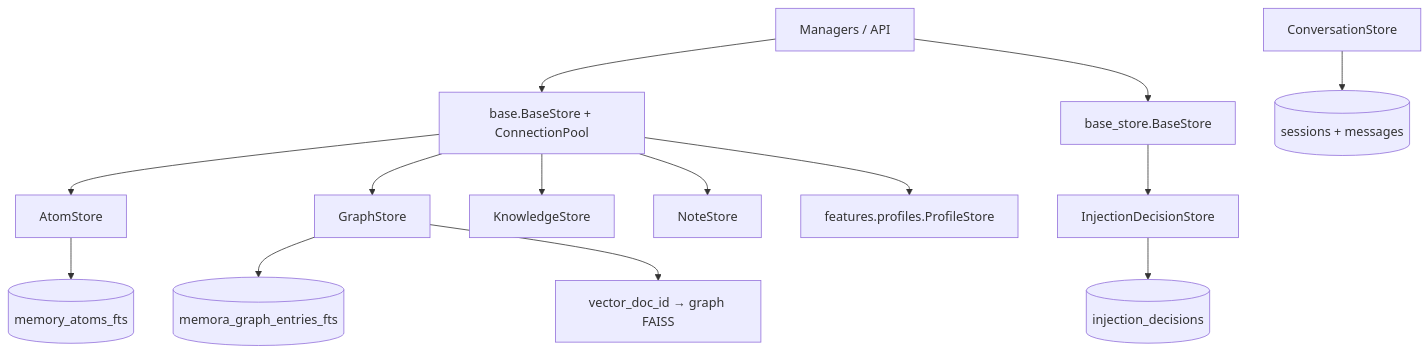
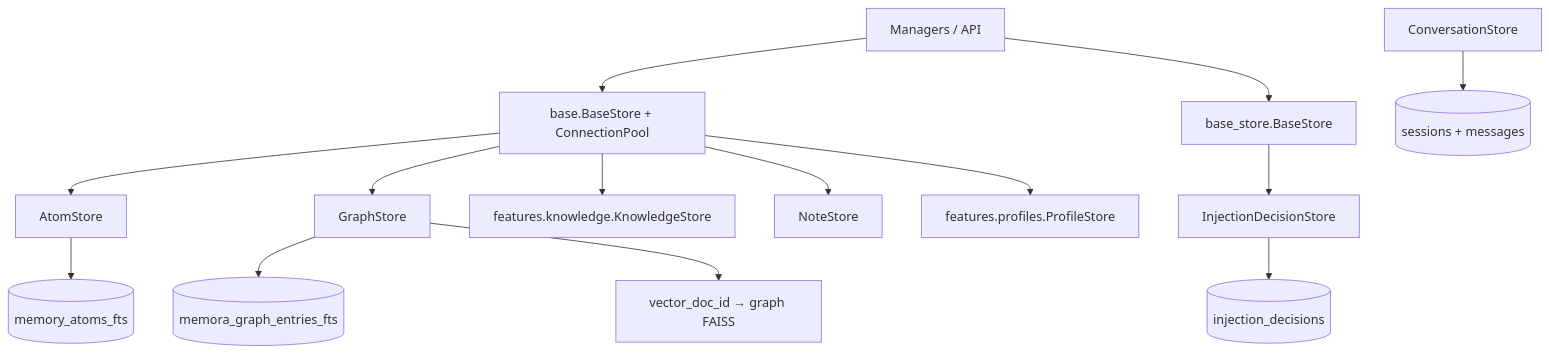
One commit to INSide-734/astrbot_plugin_memora changed the first of 3 diagrams in core/storage/AGENTS.md. Above: the diagram before and after it, drawn with Mermaid. The commit also changed other lines of this file and 21 other files, not shown here.

````diff
--- a/core/storage/AGENTS.md
+++ b/core/storage/AGENTS.md
@@ -32,16 +32,16 @@
 ```mermaid
 graph TD
     Managers[Managers / API] --> PoolBase[base.BaseStore + ConnectionPool]
     Managers --> InstanceBase[base_store.BaseStore]
     PoolBase --> Atom[AtomStore]
     PoolBase --> Graph[GraphStore]
-    PoolBase --> Knowledge[KnowledgeStore]
+    PoolBase --> Knowledge[features.knowledge.KnowledgeStore]
     PoolBase --> Note[NoteStore]
     PoolBase --> Profile[features.profiles.ProfileStore]
     InstanceBase --> Decision[InjectionDecisionStore]
     Conversation[ConversationStore] --> Messages[(sessions + messages)]
     Atom --> AtomFTS[(memory_atoms_fts)]
     Graph --> GraphFTS[(memora_graph_entries_fts)]
     Graph --> VectorLink[vector_doc_id → graph FAISS]
     Decision --> Telemetry[(injection_decisions)]
 ```
````
